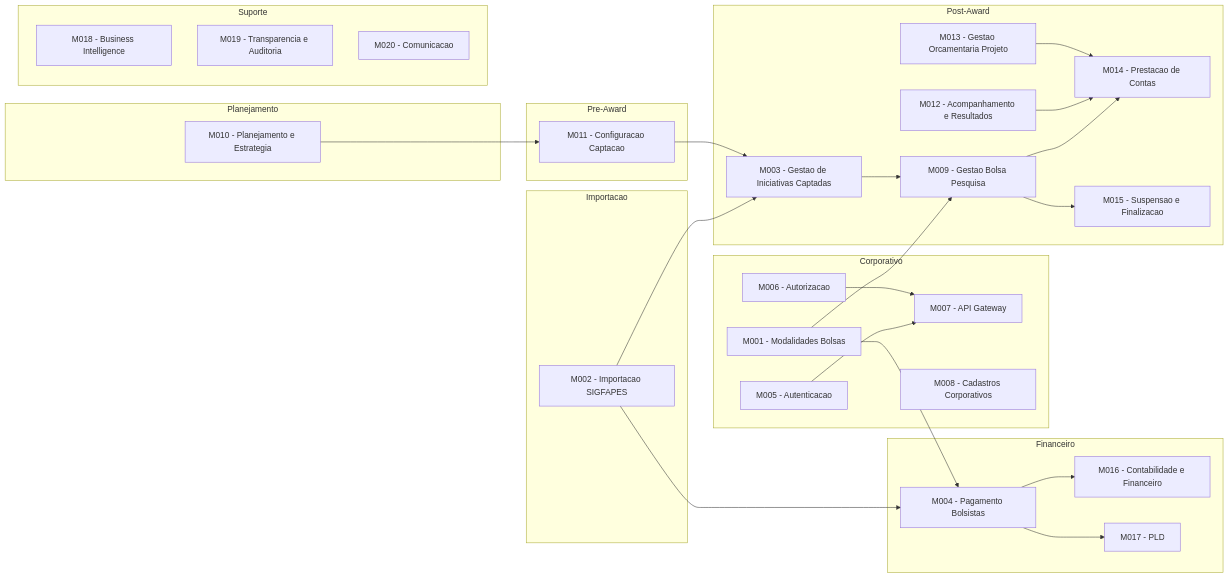
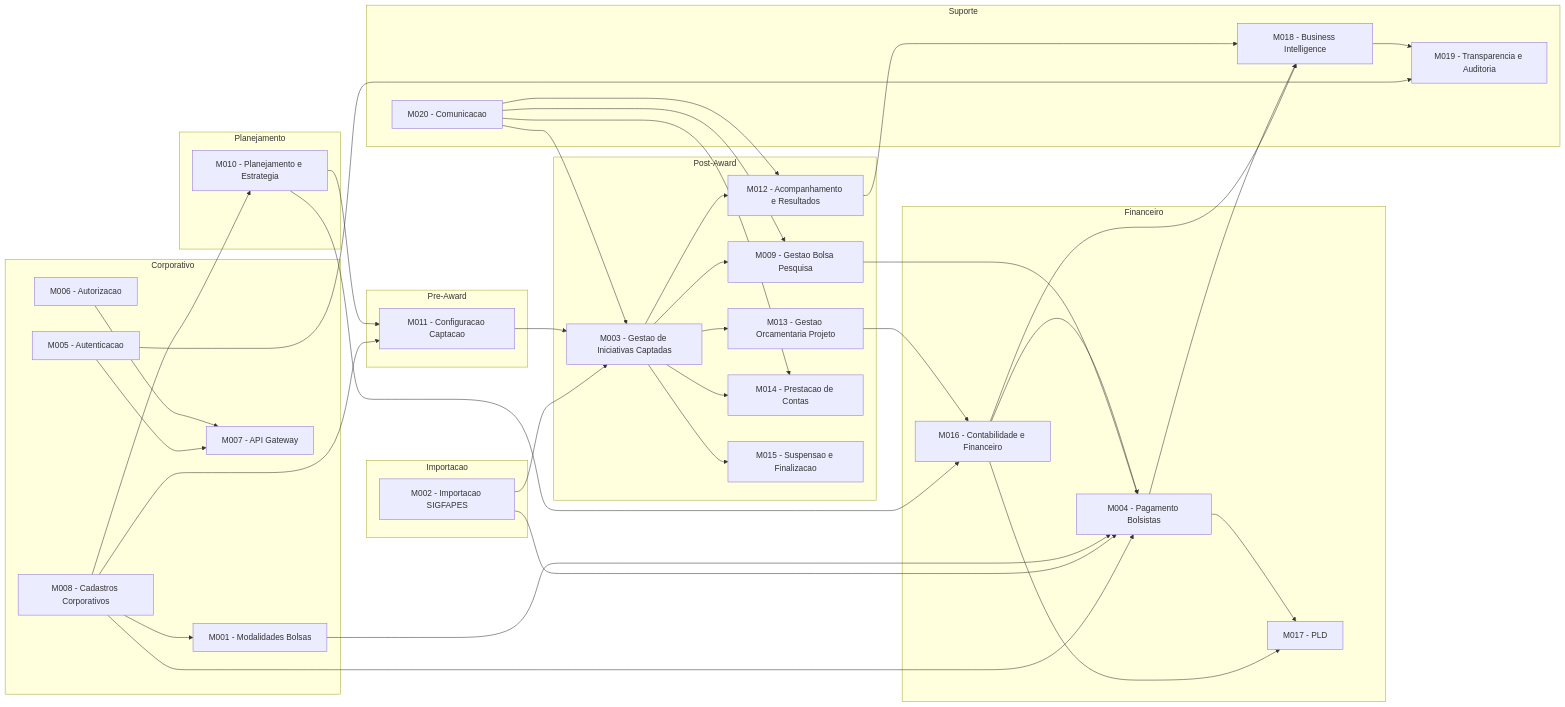
The first of 2 diagrams in docs/architecture/02-modulos-e-integracoes.md (Czzped/conecta-fapes-teste), drawn with Mermaid before and after one commit. The commit also changed 31 other files, not shown here.

````diff
--- a/docs/architecture/02-modulos-e-integracoes.md
+++ b/docs/architecture/02-modulos-e-integracoes.md
@@ -47,19 +47,44 @@
         M002[M002 - Importacao SIGFAPES]
     end
 
+    %% Corporativo
+    M008 --> M001
+    M008 --> M010
+    M008 --> M011
+    M008 --> M004
     M005 --> M007
     M006 --> M007
+
+    %% Importacao e Pre-Award
     M002 --> M003
     M002 --> M004
+    M010 --> M011
+    M010 --> M016
+    M011 --> M003
+
+    %% Post-Award
     M001 --> M004
-    M001 --> M009
     M003 --> M009
-    M010 --> M011
-    M011 --> M003
-    M009 --> M014
-    M009 --> M015
-    M004 --> M016
+    M003 --> M012
+    M003 --> M013
+    M003 --> M014
+    M003 --> M015
+    M009 --> M004
+    M013 --> M016
+
+    %% Financeiro
+    M016 --> M004
+    M016 --> M017
     M004 --> M017
-    M012 --> M014
-    M013 --> M014
+
+    %% Suporte
+    M012 --> M018
+    M016 --> M018
+    M004 --> M018
+    M005 --> M019
+    M018 --> M019
+    M020 --> M003
+    M020 --> M009
+    M020 --> M012
+    M020 --> M014
 ```
````
